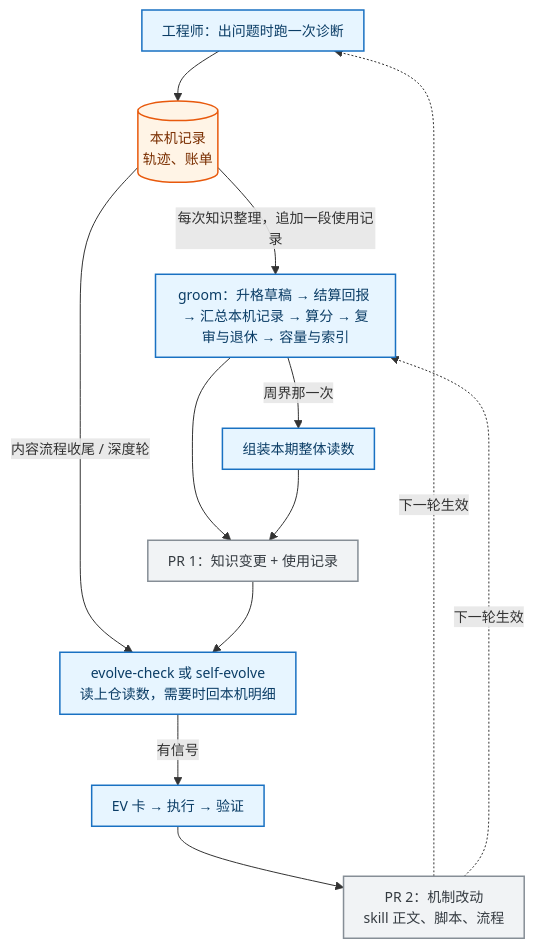
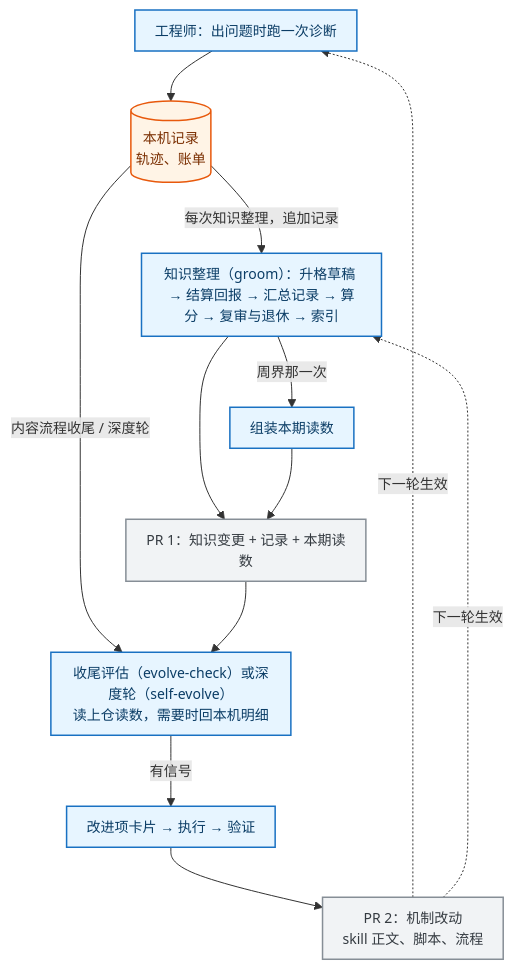
Before and after one commit to Bowen-Leee/ascend-sleuth: the second of 4 diagrams in docs/mechanism/diagnosis-observability.md, drawn with Mermaid. The commit also changed other lines of this file and 1 other file, not shown here.

````diff
--- a/docs/mechanism/diagnosis-observability.md
+++ b/docs/mechanism/diagnosis-observability.md
@@ -167,22 +172,22 @@
 ```mermaid
 %%{init: {'themeVariables':{'fontSize':'14px'},'flowchart':{'curve':'basis','nodeSpacing':40,'rankSpacing':50,'padding':10}}}%%
 flowchart TB
     D1["工程师：出问题时跑一次诊断"] --> L[("本机记录<br/>轨迹、账单")]
-    L -->|"每次知识整理，追加一段使用记录"| G1["groom：升格草稿 → 结算回报 → 汇总本机记录 → 算分 → 复审与退休 → 容量与索引"]
-    G1 -->|"周界那一次"| G2["组装本期整体读数"]
-    G1 --> P1["PR 1：知识变更 + 使用记录"]
+    L -->|"每次知识整理，追加记录"| G1["知识整理（groom）：升格草稿 → 结算回报 → 汇总记录 → 算分 → 复审与退休 → 索引"]
+    G1 -->|"周界那一次"| G2["组装本期读数"]
+    G1 --> P1["PR 1：知识变更 + 记录 + 本期读数"]
     G2 --> P1
-    L -->|"内容流程收尾 / 深度轮"| V1["evolve-check 或 self-evolve<br/>读上仓读数，需要时回本机明细"]
+    L -->|"内容流程收尾 / 深度轮"| V1["收尾评估（evolve-check）或深度轮（self-evolve）<br/>读上仓读数，需要时回本机明细"]
     P1 --> V1
-    V1 -->|"有信号"| V2["EV 卡 → 执行 → 验证"]
+    V1 -->|"有信号"| V2["改进项卡片 → 执行 → 验证"]
     V2 --> P2["PR 2：机制改动<br/>skill 正文、脚本、流程"]
     P2 -.->|"下一轮生效"| D1
     P2 -.->|"下一轮生效"| G1
 
     classDef human fill:#e7f5ff,stroke:#1971c2,stroke-width:1.5px,color:#0b3d66
     classDef store fill:#fff4e6,stroke:#e8590c,stroke-width:1.5px,color:#7a2e00
     classDef pr fill:#f1f3f5,stroke:#868e96,stroke-width:1.5px,color:#343a40
     class D1,G1,G2,V1,V2 human
     class L store
     class P1,P2 pr
 ```
````
